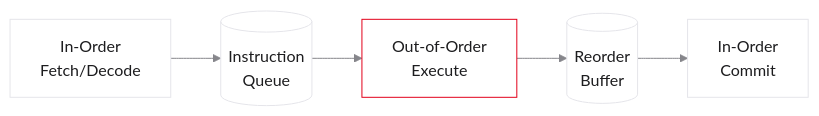
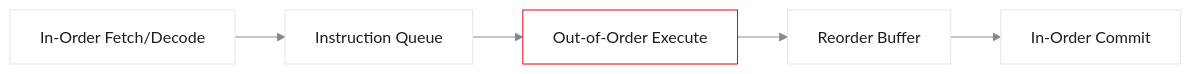
One commit to dantschi/mct3 changed the second of 2 diagrams in vorlesungen/07_moderne_cpu_architekturen.qmd. Above: the diagram before and after it, drawn with Mermaid. The commit also changed other lines of this file and 7 other files, not shown here.

Commit message:
Erweitere die Lehrnotizen zur CPU-Architektur und korrigiere RAW-Stall, Out-of-Order-Fenster und das PRF-Modell.

````diff
--- a/vorlesungen/07_moderne_cpu_architekturen.qmd
+++ b/vorlesungen/07_moderne_cpu_architekturen.qmd
@@ -344,10 +346,10 @@
 ```{mermaid}
 %%| fig-width: 4.0
 %%{init: {'theme': 'base', 'themeVariables': {'background': '#FFFFFF', 'primaryColor': '#FFFFFF', 'primaryBorderColor': '#E5E5EA', 'primaryTextColor': '#1D1D1F', 'lineColor': '#86868B', 'secondaryColor': '#F5F5F7', 'tertiaryColor': '#FFFFFF', 'mainBkg': '#FFFFFF', 'nodeBorder': '#E5E5EA', 'clusterBkg': '#F5F5F7', 'clusterBorder': '#E5E5EA', 'titleColor': '#1D1D1F', 'edgeLabelBackground': '#FFFFFF'}}}%%
 flowchart LR
-  A[In-Order\nFetch/Decode] --> B[(Instruction\nQueue)]
-  B --> C[Out-of-Order\nExecute]
-  C --> D[(Reorder\nBuffer)]
-  D --> E[In-Order\nCommit]
+  A[In-Order Fetch/Decode] --> B[Instruction Queue]
+  B --> C[Out-of-Order Execute]
+  C --> D[Reorder Buffer]
+  D --> E[In-Order Commit]
   style C fill:#FFFFFF,stroke:#E2001A,stroke-width:2px !important
 ```
````
